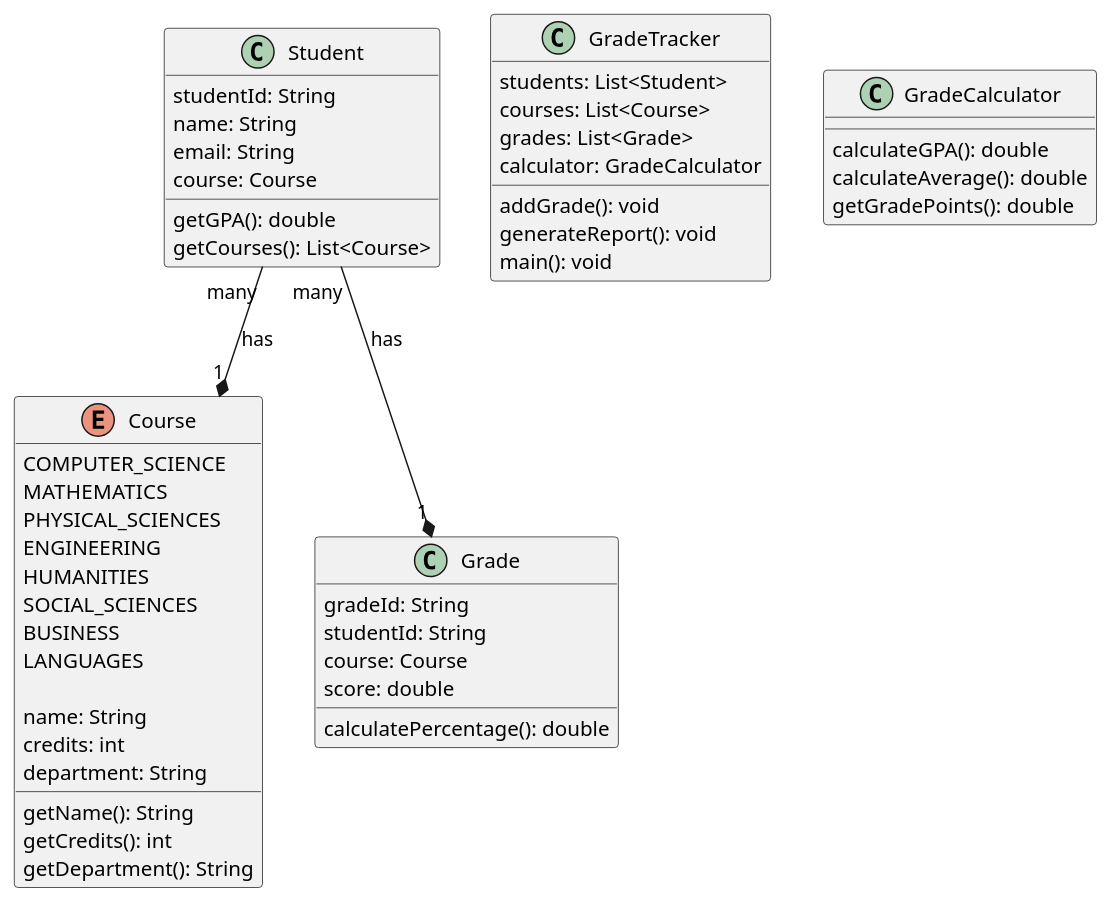
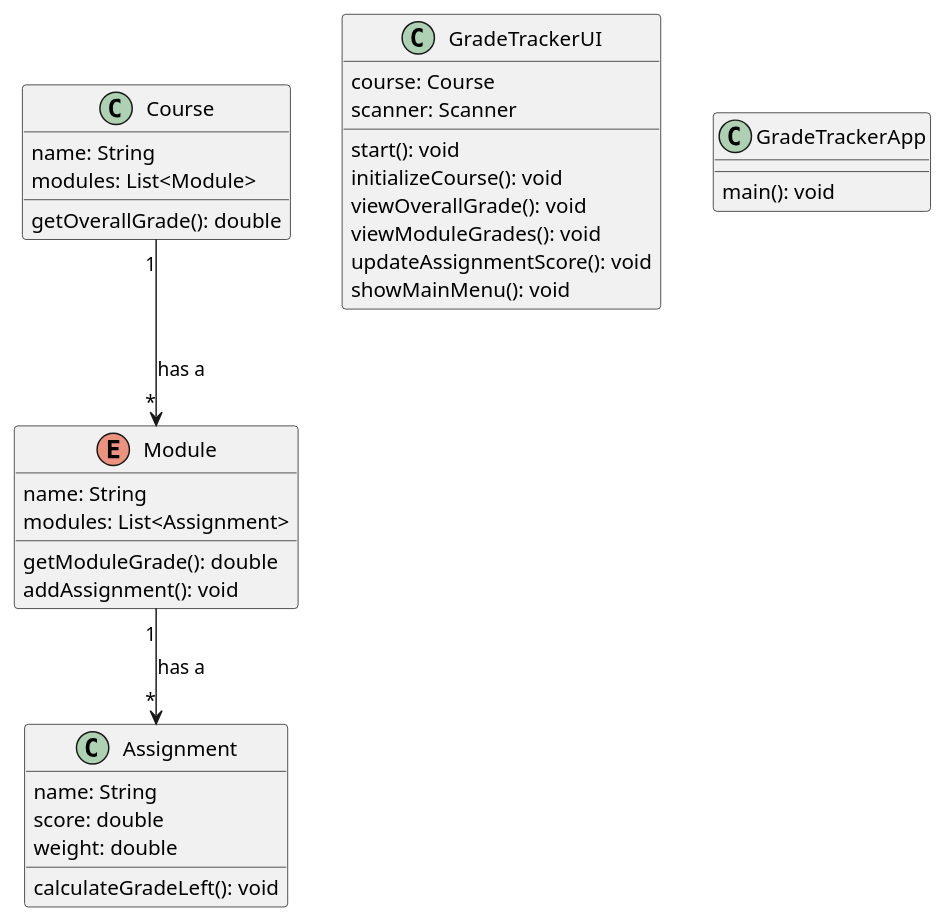
One commit to Clodagh-M/OOAD-StudentGradeTracker changed the diagram in src/UMLDiagram.puml. Above: the diagram before and after it, drawn with PlantUML.

Commit message:
UML diagram (ALL WORKED ON)

```diff
--- a/src/UMLDiagram.puml
+++ b/src/UMLDiagram.puml
@@ -1,73 +1,49 @@
 @startuml
 'https://plantuml.com/class-diagram
 skinparam classAttributeIconSize 0
 
-class Student {
+class Course {
+    name: String
+    modules: List<Module>
 
-studentId: String
-name: String
-email: String
-course: Course
-
-getGPA(): double
-getCourses(): List<Course>
-
+    getOverallGrade(): double
 }
 
-enum Course {
+enum Module {
+    name: String
+    modules: List<Assignment>
 
-COMPUTER_SCIENCE
-MATHEMATICS
-PHYSICAL_SCIENCES
-ENGINEERING
-HUMANITIES
-SOCIAL_SCIENCES
-BUSINESS
-LANGUAGES
-
-name: String
-credits: int
-department: String
-
-getName(): String
-getCredits(): int
-getDepartment(): String
-
+    getModuleGrade(): double
+    addAssignment(): void
 }
 
-class Grade {
+class Assignment {
+    name: String
+    score: double
+    weight: double
 
-gradeId: String
-studentId: String
-course: Course
-score: double
-
-calculatePercentage(): double
-
+    calculateGradeLeft(): void
 }
 
-class GradeTracker {
+class GradeTrackerUI {
+    course: Course
+    scanner: Scanner
 
-students: List<Student>
-courses: List<Course>
-grades: List<Grade>
-calculator: GradeCalculator
-
-addGrade(): void
-generateReport(): void
-main(): void
-
+    start(): void
+    initializeCourse(): void
+    viewOverallGrade(): void
+    viewModuleGrades(): void
+    updateAssignmentScore(): void
+    showMainMenu(): void
 }
 
-class GradeCalculator {
-
-calculateGPA(): double
-calculateAverage(): double
-getGradePoints(): double
-
+class GradeTrackerApp {
+    main(): void
 }
 
-Student "many" --* "1" Course : has
-Student "many" --* "1" Grade : has
+Course "1" --> "*" Module : has a
+Module "1" --> "*" Assignment : has a
+
+
 
 @enduml
```
